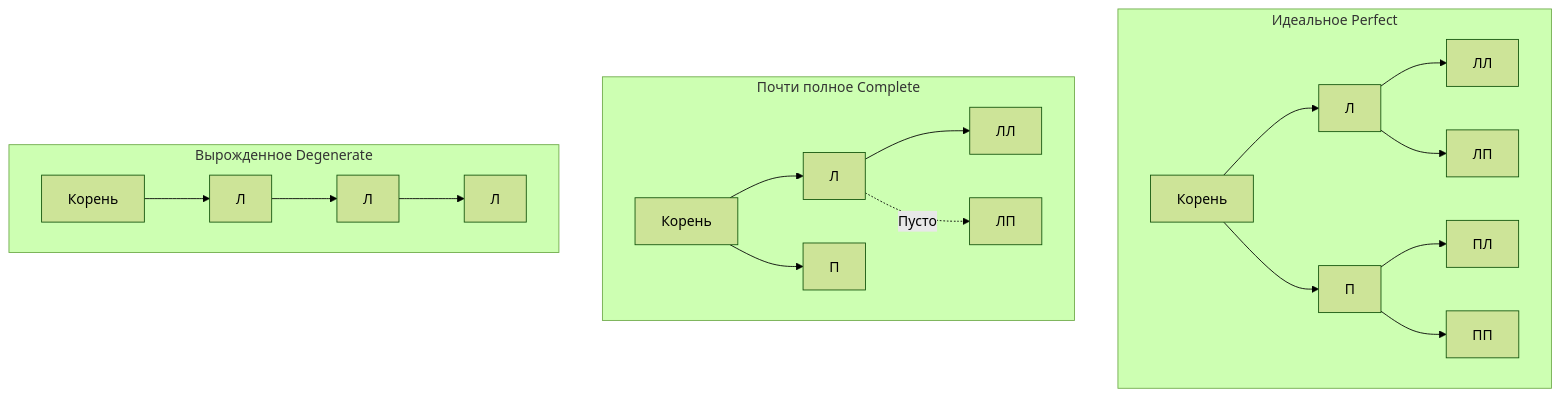
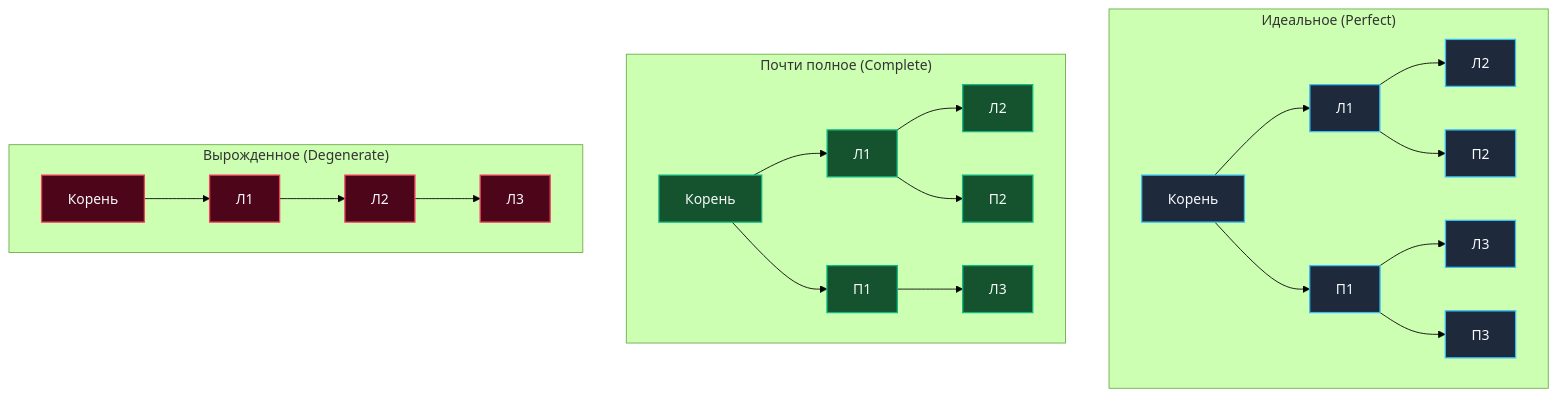
Before and after one commit to UnrealTemplier/go-textbook: the first of 2 diagrams in sources/20. Алгоритмы и структуры данных (DSA) на Go/04. Деревья. Основы/2. Бинарное дерево.md, drawn with Mermaid (forest theme). The commit also changed other lines of this file, not shown here.

````diff
--- a/sources/20. Алгоритмы и структуры данных (DSA) на Go/04. Деревья. Основы/2. Бинарное дерево.md
+++ b/sources/20. Алгоритмы и структуры данных (DSA) на Go/04. Деревья. Основы/2. Бинарное дерево.md
@@ -22,24 +20,33 @@
 ```mermaid
 flowchart TD
-    subgraph Идеальное Perfect
-        P1["Корень"] --> P2["Л"]
-        P1 --> P3["П"]
-        P2 --> P4["ЛЛ"]
-        P2 --> P5["ЛП"]
-        P3 --> P6["ПЛ"]
-        P3 --> P7["ПП"]
+    subgraph Perfect["Идеальное (Perfect)"]
+        P1["Корень"] --> P2["Л1"]
+        P1 --> P3["П1"]
+        P2 --> P4["Л2"]
+        P2 --> P5["П2"]
+        P3 --> P6["Л3"]
+        P3 --> P7["П3"]
     end
 
-    subgraph Почти полное Complete
-        C1["Корень"] --> C2["Л"]
-        C1 --> C3["П"]
-        C2 --> C4["ЛЛ"]
-        C2 -.->|"Пусто"| C5["ЛП"]
+    subgraph Complete["Почти полное (Complete)"]
+        C1["Корень"] --> C2["Л1"]
+        C1 --> C3["П1"]
+        C2 --> C4["Л2"]
+        C2 --> C5["П2"]
+        C3 --> C6["Л3"]
     end
-    
-    subgraph Вырожденное Degenerate
-        D1["Корень"] --> D2["Л"]
-        D2 --> D3["Л"]
-        D3 --> D4["Л"]
+
+    subgraph Degenerate["Вырожденное (Degenerate)"]
+        D1["Корень"] --> D2["Л1"]
+        D2 --> D3["Л2"]
+        D3 --> D4["Л3"]
     end
+
+    classDef pNode fill:#1e293b,stroke:#38bdf8,stroke-width:1.5px,color:#f8fafc;
+    classDef cNode fill:#14532d,stroke:#10b981,stroke-width:1.5px,color:#f8fafc;
+    classDef dNode fill:#4c0519,stroke:#f43f5e,stroke-width:1.5px,color:#f8fafc;
+
+    class P1,P2,P3,P4,P5,P6,P7 pNode;
+    class C1,C2,C3,C4,C5,C6 cNode;
+    class D1,D2,D3,D4 dNode;
 ```
````
